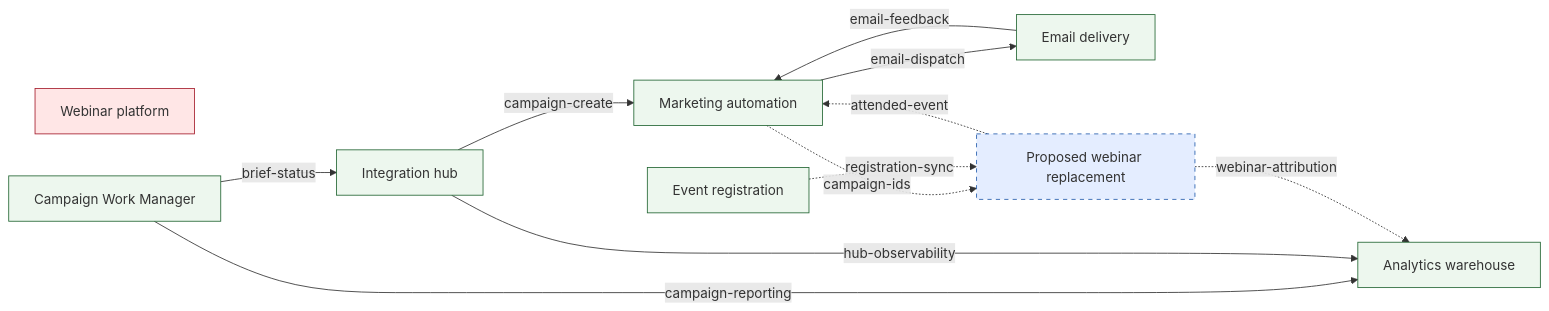
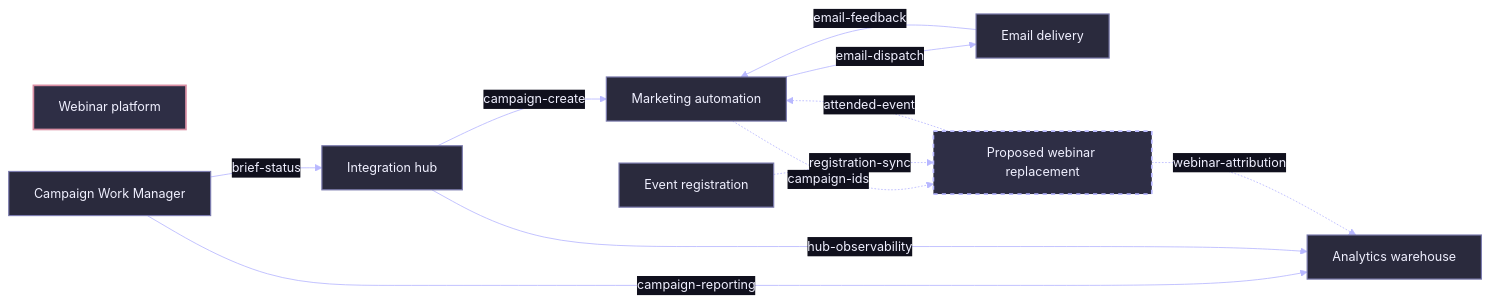
The diagram in examples/generated/webinar-target-state-diagram.md (rlbsem/martech-estate-impact), drawn with Mermaid before and after one commit. The commit also changed 11 other files, not shown here.

Commit message:
Pilot Groundbreakers engineering diagram theme with semantic states

````diff
--- a/examples/generated/webinar-target-state-diagram.md
+++ b/examples/generated/webinar-target-state-diagram.md
@@ -5,35 +5,36 @@
 ```mermaid
+%%{init: {"theme":"base","themeVariables":{"background":"#10101D","primaryColor":"#2A2A3D","primaryTextColor":"#F0F0FF","primaryBorderColor":"#7C7CAF","lineColor":"#B8B8FF","textColor":"#F0F0FF","secondaryColor":"#181825","tertiaryColor":"#2E2E45","fontFamily":"IBM Plex Sans, Arial, sans-serif","fontSize":"15px","edgeLabelBackground":"#10101D"}}}%%
 %% Proposed webinar target#59; metadata only
 %% Data-flow view only. Filtered: True. Edges shown 10/40. Truncated: False.
 flowchart LR
   n6d65ed5c750019a1["Marketing automation"]
   class n6d65ed5c750019a1 established
   n82244417f956ac7c["Email delivery"]
   class n82244417f956ac7c established
   n08d33503ee27d4c1["Integration hub"]
   class n08d33503ee27d4c1 established
   n635665459dc101ab["Proposed webinar replacement"]
   class n635665459dc101ab proposed
   n29c9c30e0604515c["Event registration"]
   class n29c9c30e0604515c established
   nae1fd358c7612a02["Analytics warehouse"]
   class nae1fd358c7612a02 established
   nda0ef5dcf6c62181["Webinar platform"]
   class nda0ef5dcf6c62181 removed
   ned9b571b57920f91["Campaign Work Manager"]
   class ned9b571b57920f91 established
   n635665459dc101ab -.->|"attended-event"| n6d65ed5c750019a1
   ned9b571b57920f91 -->|"brief-status"| n08d33503ee27d4c1
   n08d33503ee27d4c1 -->|"campaign-create"| n6d65ed5c750019a1
   n6d65ed5c750019a1 -.->|"campaign-ids"| n635665459dc101ab
   ned9b571b57920f91 -->|"campaign-reporting"| nae1fd358c7612a02
   n6d65ed5c750019a1 -->|"email-dispatch"| n82244417f956ac7c
   n82244417f956ac7c -->|"email-feedback"| n6d65ed5c750019a1
   n08d33503ee27d4c1 -->|"hub-observability"| nae1fd358c7612a02
   n29c9c30e0604515c -.->|"registration-sync"| n635665459dc101ab
   n635665459dc101ab -.->|"webinar-attribution"| nae1fd358c7612a02
-  classDef established fill:#edf7ee,stroke:#246634
-  classDef unknown fill:#fff4cc,stroke:#946800
-  classDef proposed fill:#e4edff,stroke:#265dad,stroke-dasharray:5 5
-  classDef removed fill:#ffe6e6,stroke:#a51d2d
+  classDef established fill:#2A2A3D,stroke:#7C7CAF,color:#F0F0FF,stroke-width:1.4px
+  classDef unknown fill:#2E2E45,stroke:#E3BC7F,color:#F0F0FF,stroke-width:2px
+  classDef proposed fill:#2E2E45,stroke:#B8B8FF,color:#F0F0FF,stroke-width:2px,stroke-dasharray:5 5
+  classDef removed fill:#2E2E45,stroke:#D98EA3,color:#F0F0FF,stroke-width:2px
 ```
````
